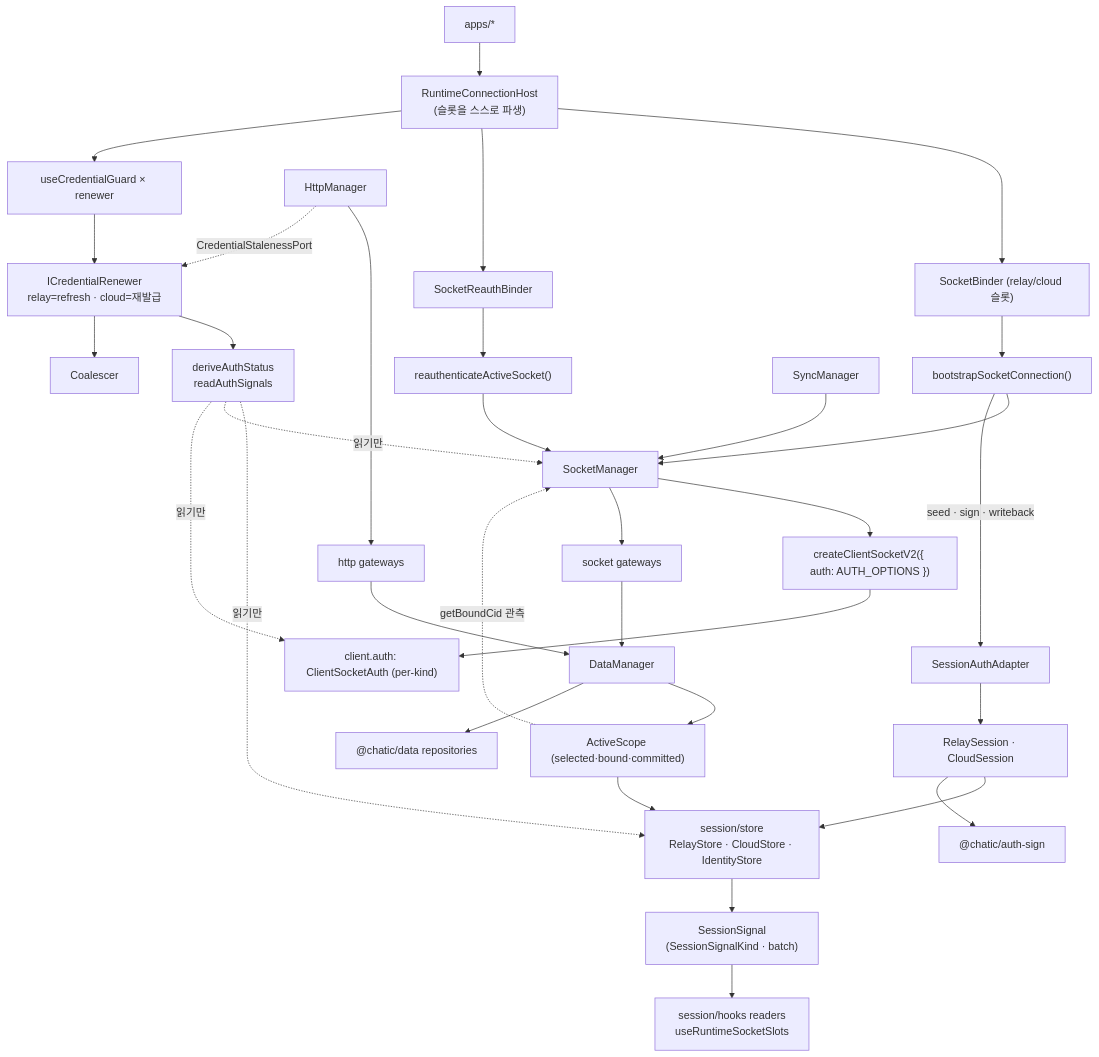
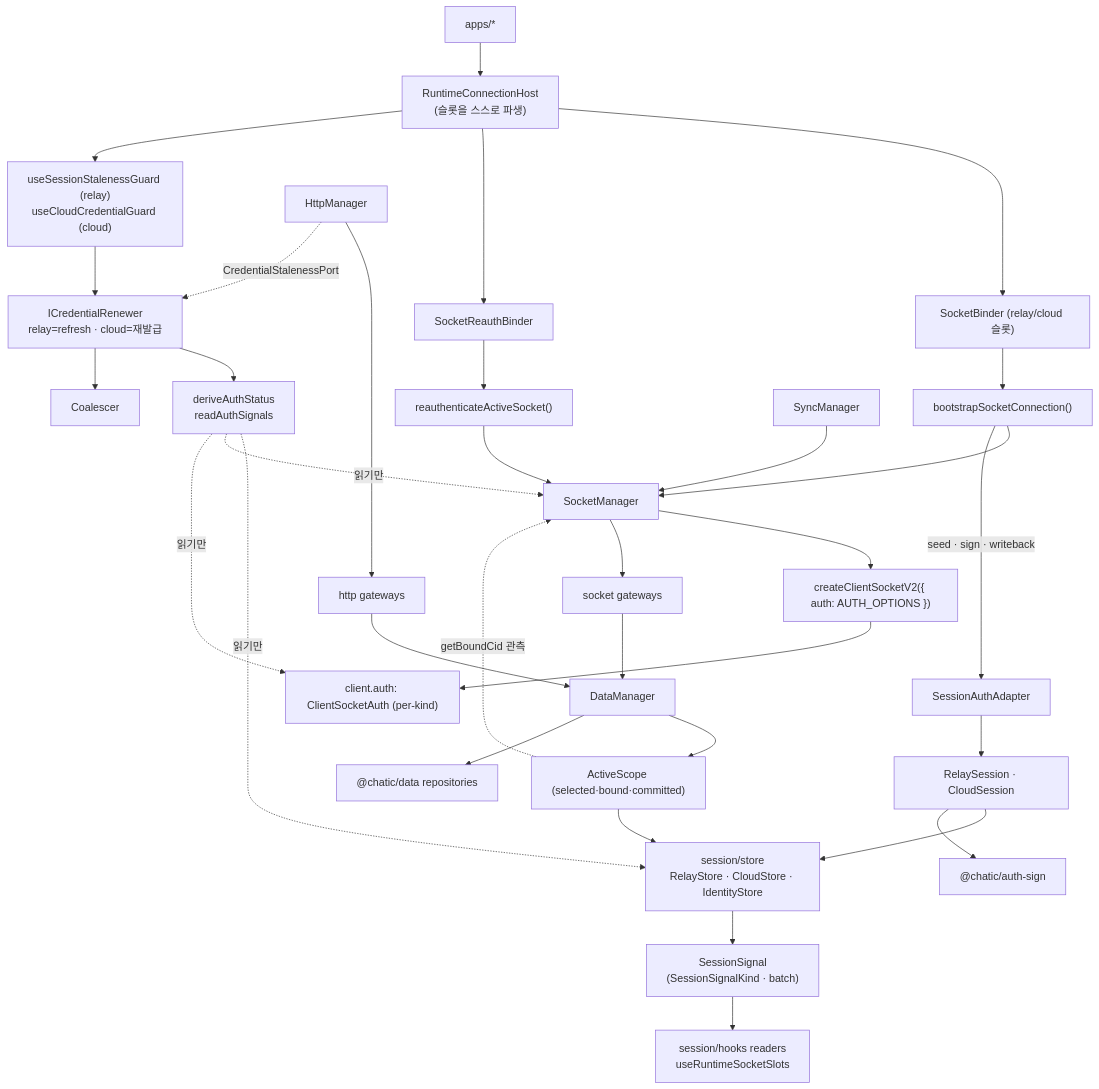
One commit to lemoncloud-io/dou-app changed the first of 3 diagrams in libs/app-runtime/docs/architecture.md. Above: the diagram before and after it, drawn with Mermaid. The commit also changed other lines of this file and 91 other files, not shown here.

````diff
--- a/libs/app-runtime/docs/architecture.md
+++ b/libs/app-runtime/docs/architecture.md
@@ -166,39 +164,39 @@
 ```mermaid
 flowchart TD
   App["apps/*"] --> Host["RuntimeConnectionHost<br/>(슬롯을 스스로 파생)"]
 
   Host --> SocketBinder["SocketBinder (relay/cloud 슬롯)"]
   Host --> Reauth["SocketReauthBinder"]
-  Host --> Guard["useCredentialGuard × renewer"]
+  Host --> Guard["useSessionStalenessGuard (relay)<br/>useCloudCredentialGuard (cloud)"]
 
   SocketBinder --> Bootstrap["bootstrapSocketConnection()"]
   Reauth --> ReauthFn["reauthenticateActiveSocket()"]
   Bootstrap --> SM["SocketManager"]
   ReauthFn --> SM
 
   SM --> Client["createClientSocketV2({ auth: AUTH_OPTIONS })"]
   Client --> SDK["client.auth: ClientSocketAuth (per-kind)"]
   Bootstrap -->|"seed · sign · writeback"| Adapter["SessionAuthAdapter"]
 
   Adapter --> Sess["RelaySession · CloudSession"]
   Sess --> Store["session/store<br/>RelayStore · CloudStore · IdentityStore"]
   Sess --> Sign["@chatic/auth-sign"]
   Store --> Signal["SessionSignal<br/>(SessionSignalKind · batch)"]
 
   Status["deriveAuthStatus<br/>readAuthSignals"] -.->|"읽기만"| Store
   Status -.->|"읽기만"| SM
   Status -.->|"읽기만"| SDK
   Guard --> Renew["ICredentialRenewer<br/>relay=refresh · cloud=재발급"]
   Renew --> Status
   Renew --> Coal["Coalescer"]
 
   Signal --> Readers["session/hooks readers<br/>useRuntimeSocketSlots"]
   Scope["ActiveScope (selected·bound·committed)"] --> Store
   Scope -.->|"getBoundCid 관측"| SM
   DM["DataManager"] --> Scope
   DM --> Repos["@chatic/data repositories"]
   SM --> SGw["socket gateways"] --> DM
   HM["HttpManager"] --> HGw["http gateways"] --> DM
   HM -.->|"CredentialStalenessPort"| Renew
   SyncM["SyncManager"] --> SM
 ```
````
